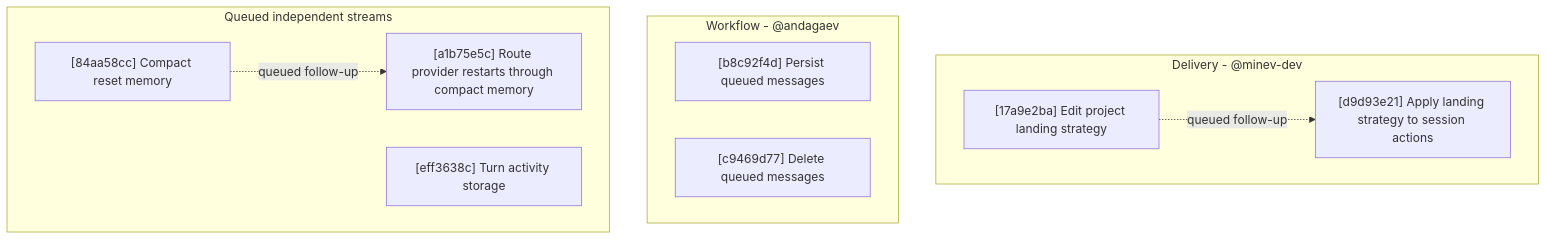
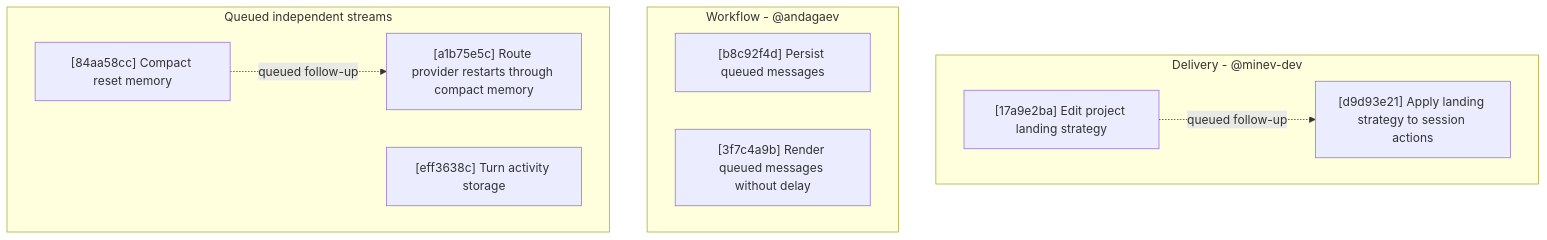
The diagram in docs/plan/roadmap.md (agentty-xyz/agentty), drawn with Mermaid before and after one commit. The commit also changed other lines of this file and 7 other files, not shown here.

First line of the commit message:
Render queued chat messages without UI delay

````diff
--- a/docs/plan/roadmap.md
+++ b/docs/plan/roadmap.md
@@ -189,20 +198,20 @@
 ```mermaid
 flowchart TD
     subgraph DeliveryLane["Delivery - @minev-dev"]
         D1["[17a9e2ba] Edit project landing strategy"]
         D2["[d9d93e21] Apply landing strategy to session actions"]
         D1 -. queued follow-up .-> D2
     end
 
     subgraph WorkflowLane["Workflow - @andagaev"]
         W2["[b8c92f4d] Persist queued messages"]
-        W4["[c9469d77] Delete queued messages"]
+        W4["[3f7c4a9b] Render queued messages without delay"]
     end
 
     subgraph LaterLanes["Queued independent streams"]
         P1["[84aa58cc] Compact reset memory"]
         P2["[a1b75e5c] Route provider restarts through compact memory"]
         S1["[eff3638c] Turn activity storage"]
         P1 -. queued follow-up .-> P2
     end
 ```
````
